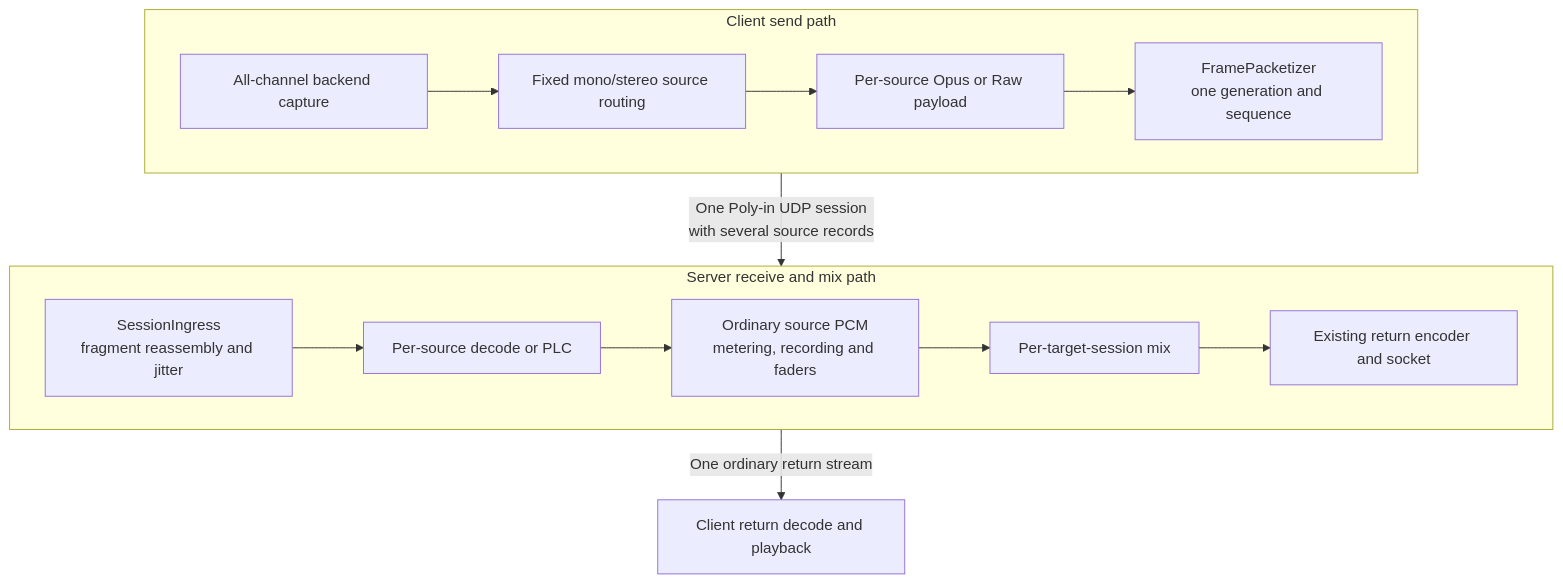
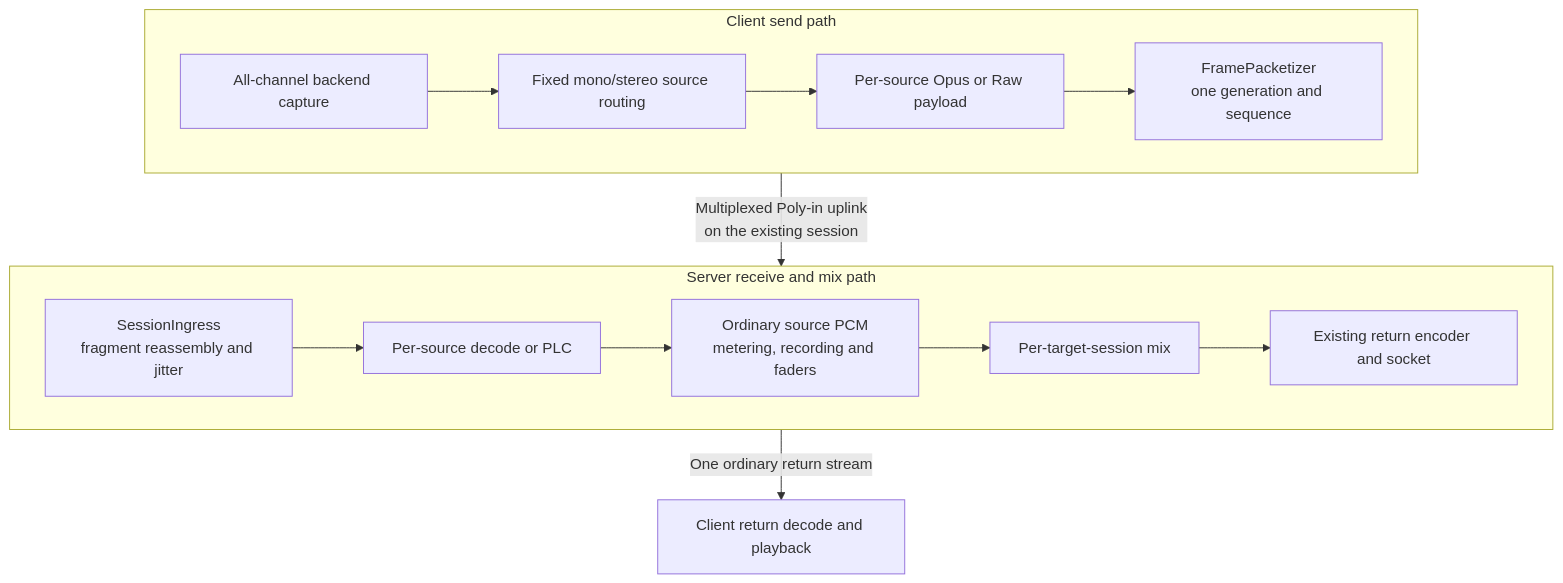
Before and after one commit to seanogdelaney/jamulus: the third of 3 diagrams in docs/POLY_IN_IMPLEMENTATION.md, drawn with Mermaid. The commit also changed other lines of this file and 11 other files, not shown here.

````diff
--- a/docs/POLY_IN_IMPLEMENTATION.md
+++ b/docs/POLY_IN_IMPLEMENTATION.md
@@ -155,25 +157,25 @@
 ```mermaid
 flowchart TB
     subgraph ClientSend[Client send path]
         direction LR
         CAP[All-channel backend capture]
         ROUTE[Fixed mono/stereo source routing]
         ENC[Per-source Opus or Raw payload]
         PACK[FramePacketizer<br/>one generation and sequence]
         CAP --> ROUTE --> ENC --> PACK
     end
 
     subgraph Server[Server receive and mix path]
         direction LR
         INGRESS[SessionIngress<br/>fragment reassembly and jitter]
         DECODE[Per-source decode or PLC]
         SOURCE[Ordinary source PCM<br/>metering, recording and faders]
         MIX[Per-target-session mix]
         RETURN[Existing return encoder and socket]
         INGRESS --> DECODE --> SOURCE --> MIX --> RETURN
     end
 
     PLAY[Client return decode and playback]
-    PACK -->|One Poly-in UDP session<br/>with several source records| INGRESS
+    PACK -->|Multiplexed Poly-in uplink<br/>on the existing session| INGRESS
     RETURN -->|One ordinary return stream| PLAY
 ```
````
